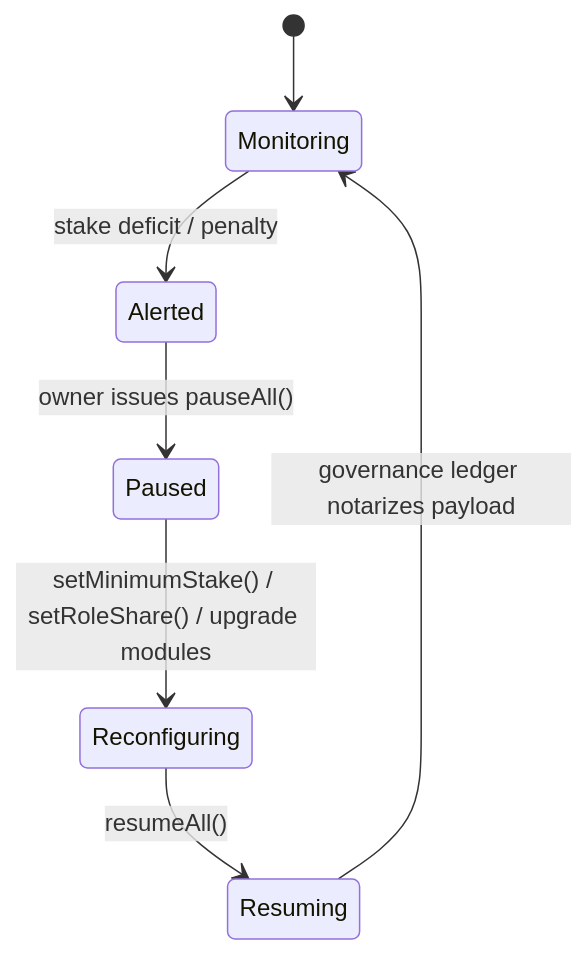
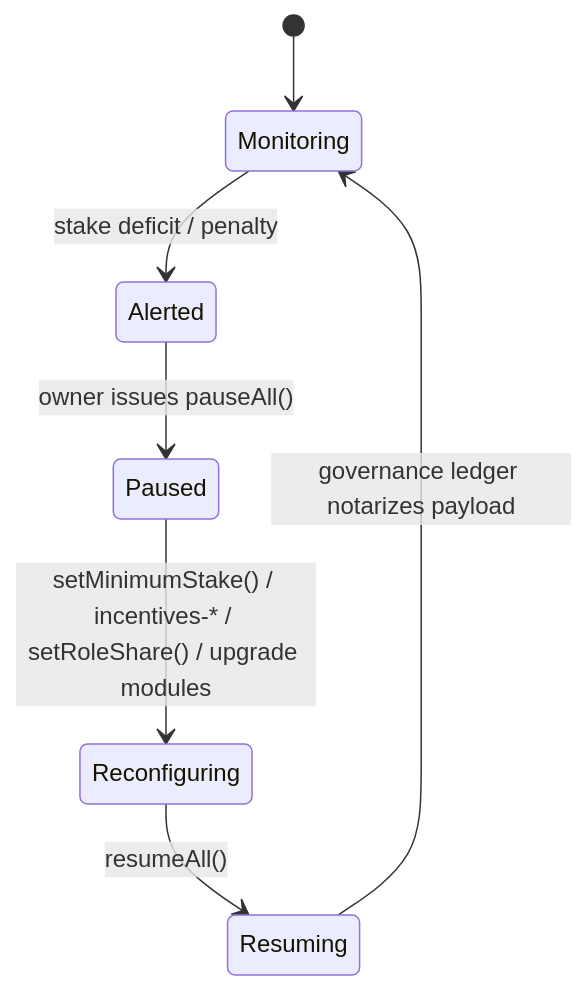
Before and after one commit to MontrealAI/AGI-Alpha-Node-v0: the third of 7 diagrams in README.md, drawn with Mermaid. The commit also changed other lines of this file and 4 other files, not shown here.

````diff
--- a/README.md
+++ b/README.md
@@ -167,9 +167,9 @@
 ```mermaid
 stateDiagram-v2
   [*] --> Monitoring
   Monitoring --> Alerted : stake deficit / penalty
   Alerted --> Paused : owner issues pauseAll()
-  Paused --> Reconfiguring : setMinimumStake() / setRoleShare() / upgrade modules
+  Paused --> Reconfiguring : setMinimumStake() / incentives-* / setRoleShare() / upgrade modules
   Reconfiguring --> Resuming : resumeAll()
   Resuming --> Monitoring : governance ledger notarizes payload
 ```
````
